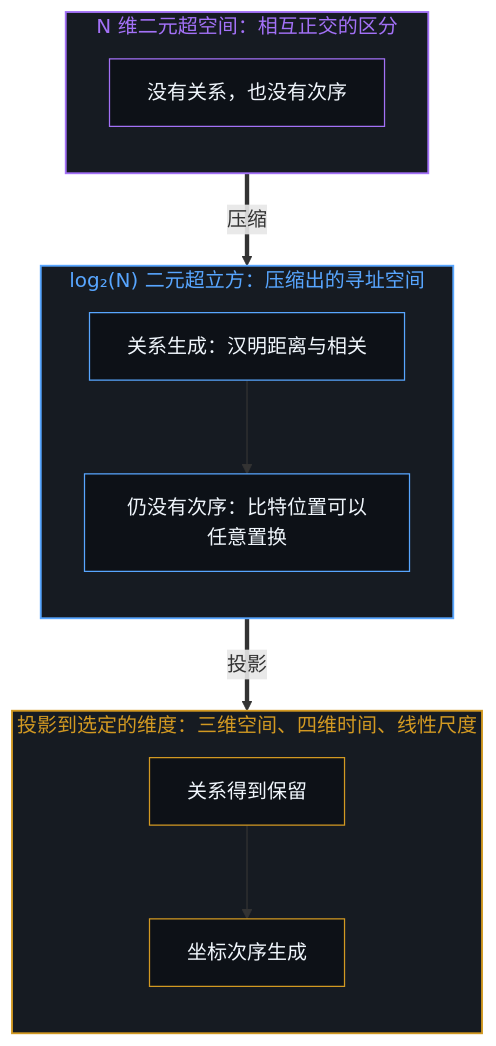
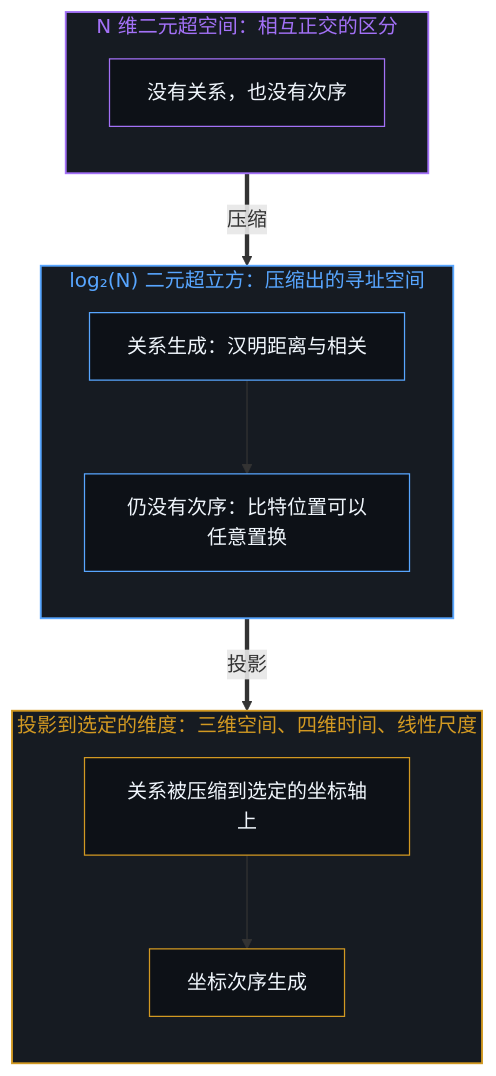
The first of 2 diagrams in content/posts/dimensions-are-projections.md (powerpig99/not-a-toe), drawn with Mermaid before and after one commit. The commit also changed other lines of this file and 5 other files, not shown here.

````diff
--- a/content/posts/dimensions-are-projections.md
+++ b/content/posts/dimensions-are-projections.md
@@ -55,29 +55,29 @@
 ```mermaid
 flowchart TD
     subgraph S_Hyper["N 维二元超空间：相互正交的区分"]
         direction TB
         H1["没有关系，也没有次序"]
     end
     subgraph S_Cube["log₂(N) 二元超立方：压缩出的寻址空间"]
         direction TB
         C1["关系生成：汉明距离与相关"]
         C2["仍没有次序：比特位置可以任意置换"]
     end
     subgraph S_Proj["投影到选定的维度：三维空间、四维时间、线性尺度"]
         direction TB
-        P1["关系得到保留"]
+        P1["关系被压缩到选定的坐标轴上"]
         P2["坐标次序生成"]
     end
     H1 ==>|"压缩"| C1
     C1 --> C2
     C2 ==>|"投影"| P1
     P1 --> P2
     style S_Hyper fill:#161b22,stroke:#a371f7,stroke-width:1.5px,color:#a371f7
     style S_Cube fill:#161b22,stroke:#58a6ff,stroke-width:1.5px,color:#58a6ff
     style S_Proj fill:#161b22,stroke:#d29922,stroke-width:1.5px,color:#d29922
     style H1 fill:#0d1117,stroke:#a371f7,stroke-width:1px,color:#f0f6fc
     style C1 fill:#0d1117,stroke:#58a6ff,stroke-width:1px,color:#f0f6fc
     style C2 fill:#0d1117,stroke:#58a6ff,stroke-width:1px,color:#f0f6fc
     style P1 fill:#0d1117,stroke:#d29922,stroke-width:1px,color:#f0f6fc
     style P2 fill:#0d1117,stroke:#d29922,stroke-width:1px,color:#f0f6fc
 ```
````
